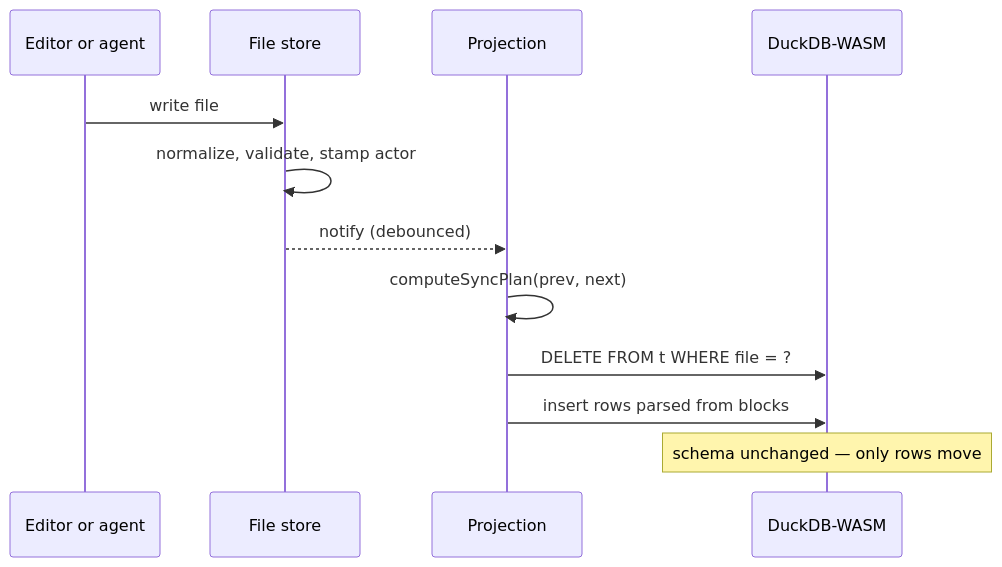
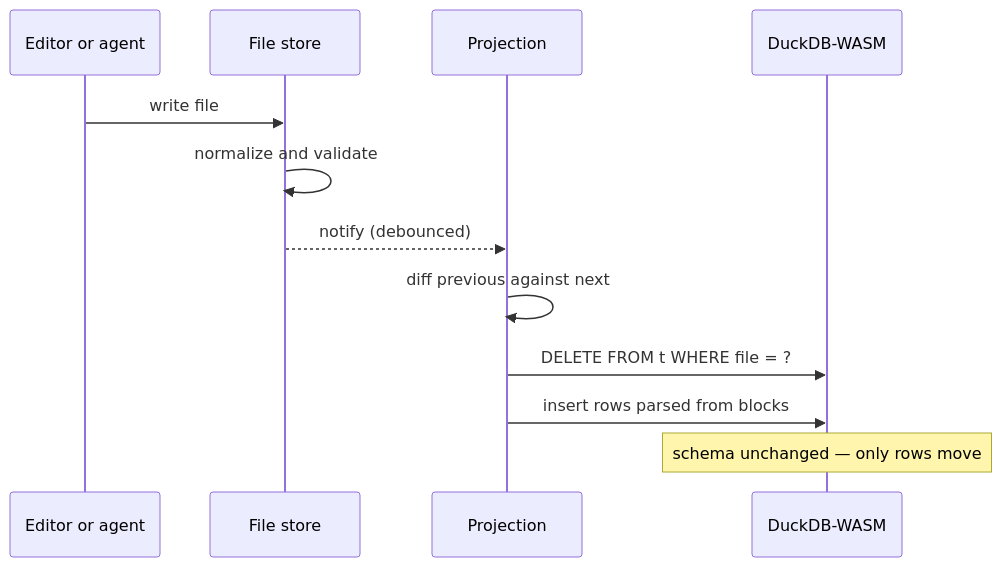
One commit to mdijkstra-oss/nabu-frontend changed the diagram in docs/01-data-model.md. Above: the diagram before and after it, drawn with Mermaid. The commit also changed other lines of this file and 2 other files, not shown here.

````diff
--- a/docs/01-data-model.md
+++ b/docs/01-data-model.md
@@ -116,15 +127,15 @@
 ```mermaid
 sequenceDiagram
   participant U as Editor or agent
   participant S as File store
   participant P as Projection
   participant DB as DuckDB-WASM
 
   U->>S: write file
-  S->>S: normalize, validate, stamp actor
+  S->>S: normalize and validate
   S-->>P: notify (debounced)
-  P->>P: computeSyncPlan(prev, next)
+  P->>P: diff previous against next
   P->>DB: DELETE FROM t WHERE file = ?
   P->>DB: insert rows parsed from blocks
   Note over DB: schema unchanged — only rows move
 ```
````
